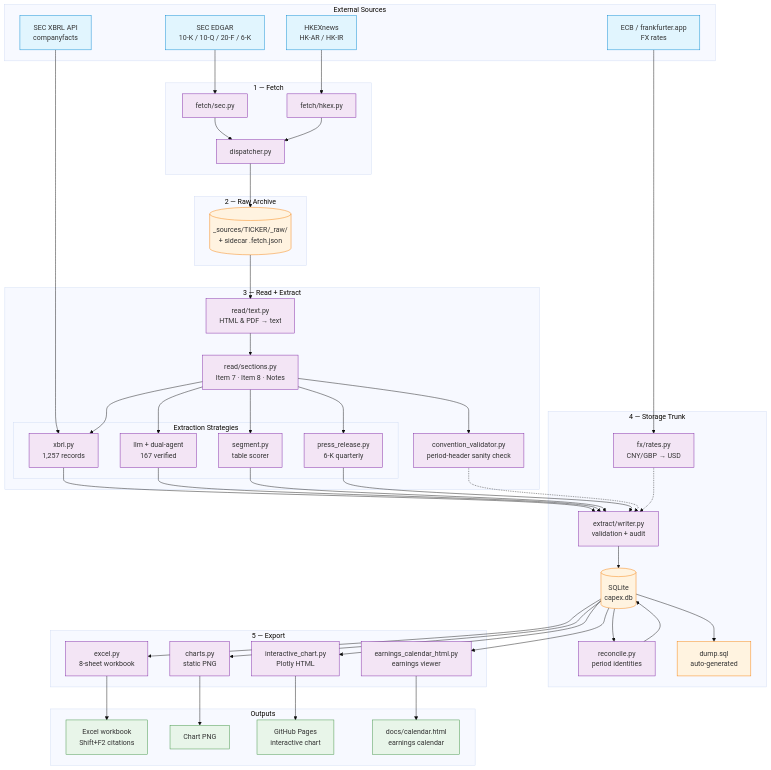
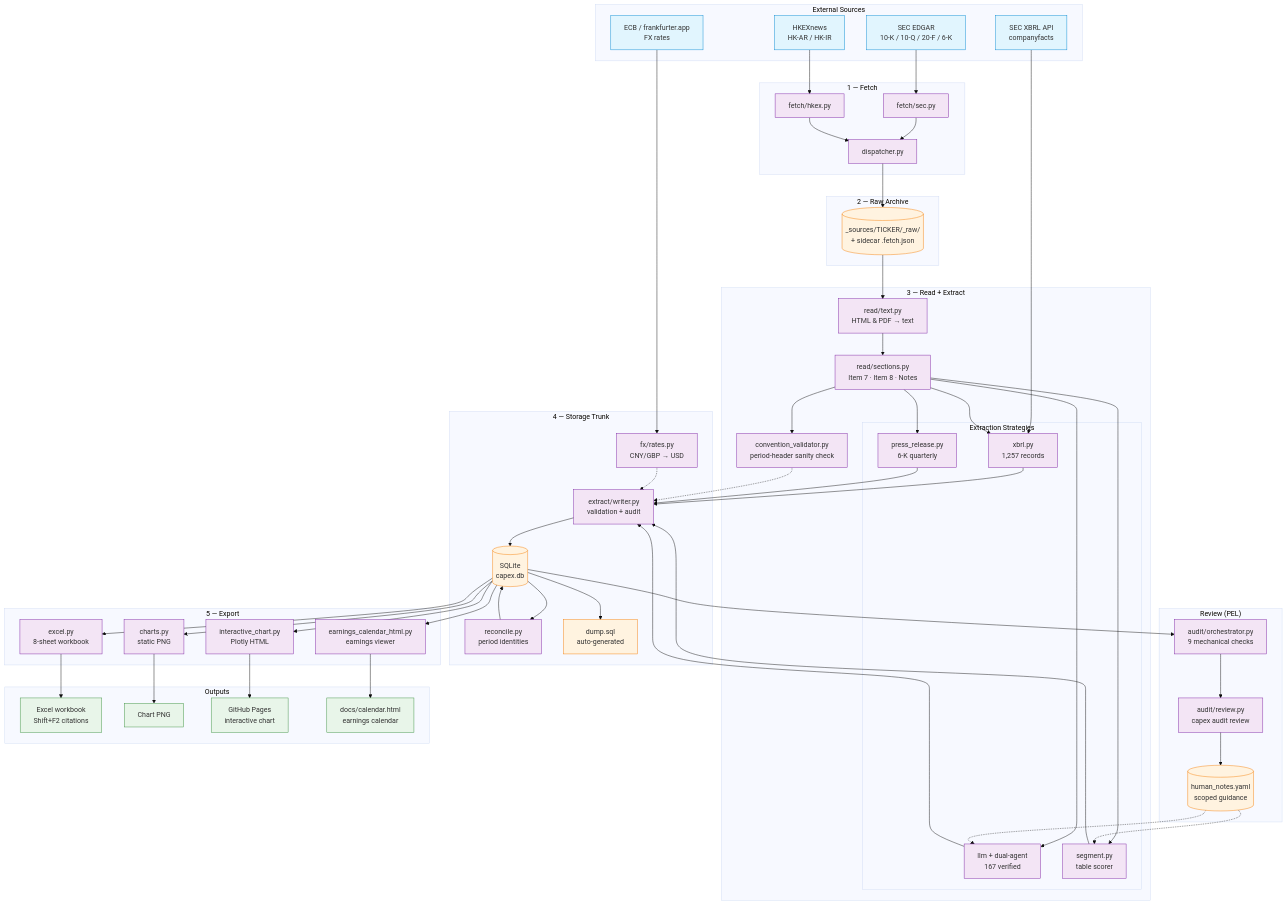
One commit to KKKKKKAI/neocloud-capex-tracker changed the second of 2 diagrams in README.md. Above: the diagram before and after it, drawn with Mermaid (base theme). The commit also changed other lines of this file and 24 other files, not shown here.

````diff
--- a/README.md
+++ b/README.md
@@ -63,6 +102,12 @@
         DUMP["dump.sql\nauto-generated"]
     end
 
+    subgraph L5["Review (PEL)"]
+        AUDIT["audit/orchestrator.py\n9 mechanical checks"]
+        REVIEW["audit/review.py\ncapex audit review"]
+        HNYAML[("human_notes.yaml\nscoped guidance")]
+    end
+
     subgraph L6["5 — Export"]
         EXCEL["excel.py\n8-sheet workbook"]
         CHART["charts.py\nstatic PNG"]
@@ -101,6 +146,9 @@
     DB --> CHART --> PNG
     DB --> ICHART --> GHPAGES
     DB --> CALHTML --> CALPAGE
+    DB --> AUDIT --> REVIEW --> HNYAML
+    HNYAML -.-> EX_LLM
+    HNYAML -.-> EX_SEG
 
     classDef source fill:#e1f5fe,stroke:#0288d1
     classDef store fill:#fff3e0,stroke:#f57c00
@@ -108,7 +156,7 @@
     classDef output fill:#e8f5e9,stroke:#388e3c
 
     class SEC,HKEX,XBRL,ECB source
-    class RAW,DB,DUMP store
-    class SECF,HKEXF,DISP,TEXT,SECT,CVAL,EX_XBRL,EX_LLM,EX_SEG,EX_6K,FXR,WRITER,RECONCILE,EXCEL,CHART,ICHART,CALHTML process
+    class RAW,DB,DUMP,HNYAML store
+    class SECF,HKEXF,DISP,TEXT,SECT,CVAL,EX_XBRL,EX_LLM,EX_SEG,EX_6K,FXR,WRITER,RECONCILE,EXCEL,CHART,ICHART,CALHTML,AUDIT,REVIEW process
     class XLSX,PNG,GHPAGES,CALPAGE output
 ```
````
